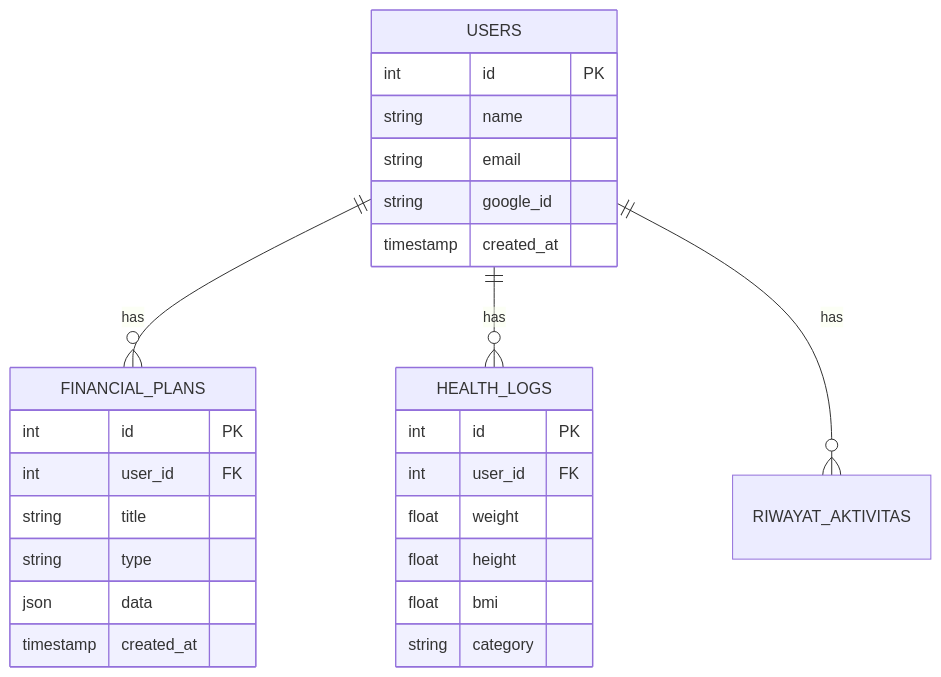
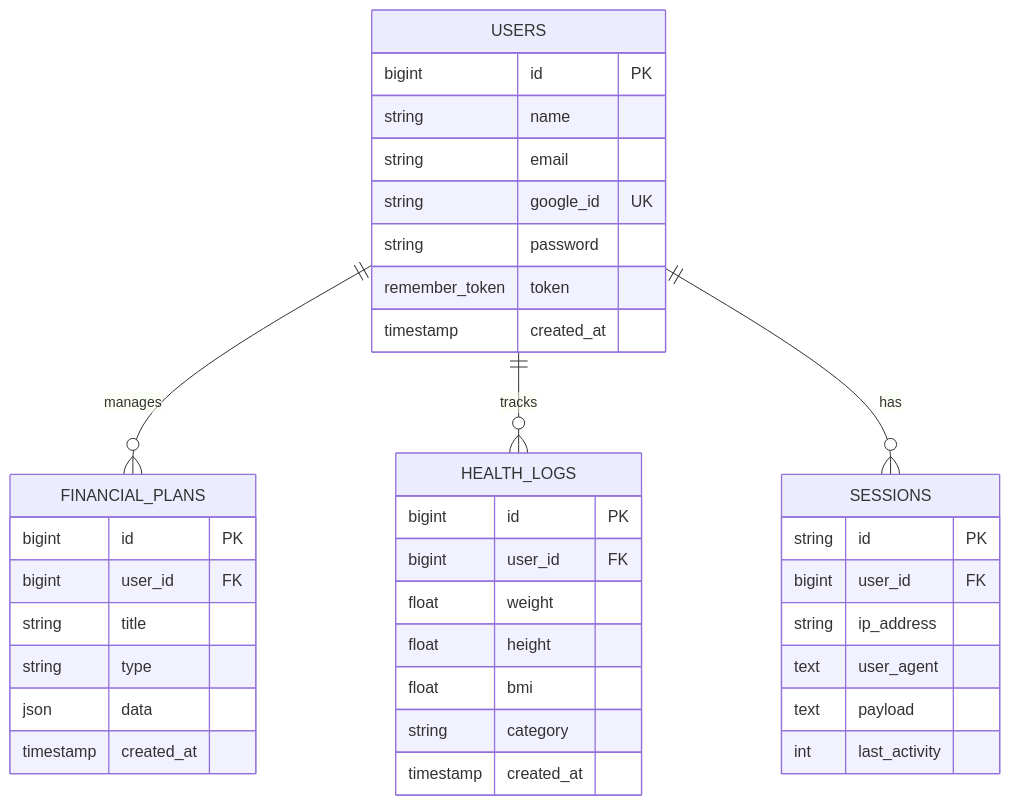
The fourth of 4 diagrams in README.md (falcon-ioi/Caclcon), drawn with Mermaid before and after one commit. The commit also changed other lines of this file, not shown here.

Commit message:
Docs: Update UML diagrams (Use Case, Activity, Sequence, ERD) to match system implementation

````diff
--- a/README.md
+++ b/README.md
@@ -128,32 +161,44 @@
 ```mermaid
 erDiagram
-    USERS ||--o{ FINANCIAL_PLANS : has
-    USERS ||--o{ HEALTH_LOGS : has
-    USERS ||--o{ RIWAYAT_AKTIVITAS : has
+    USERS ||--o{ FINANCIAL_PLANS : manages
+    USERS ||--o{ HEALTH_LOGS : tracks
+    USERS ||--o{ SESSIONS : has
     
     USERS {
-        int id PK
+        bigint id PK
         string name
         string email
-        string google_id
+        string google_id UK
+        string password
+        remember_token token
         timestamp created_at
     }
     
     FINANCIAL_PLANS {
-        int id PK
-        int user_id FK
+        bigint id PK
+        bigint user_id FK
         string title
         string type
         json data
         timestamp created_at
     }
     
     HEALTH_LOGS {
-        int id PK
-        int user_id FK
+        bigint id PK
+        bigint user_id FK
         float weight
         float height
         float bmi
         string category
+        timestamp created_at
+    }
+    
+    SESSIONS {
+        string id PK
+        bigint user_id FK
+        string ip_address
+        text user_agent
+        text payload
+        int last_activity
     }
 ```
````
